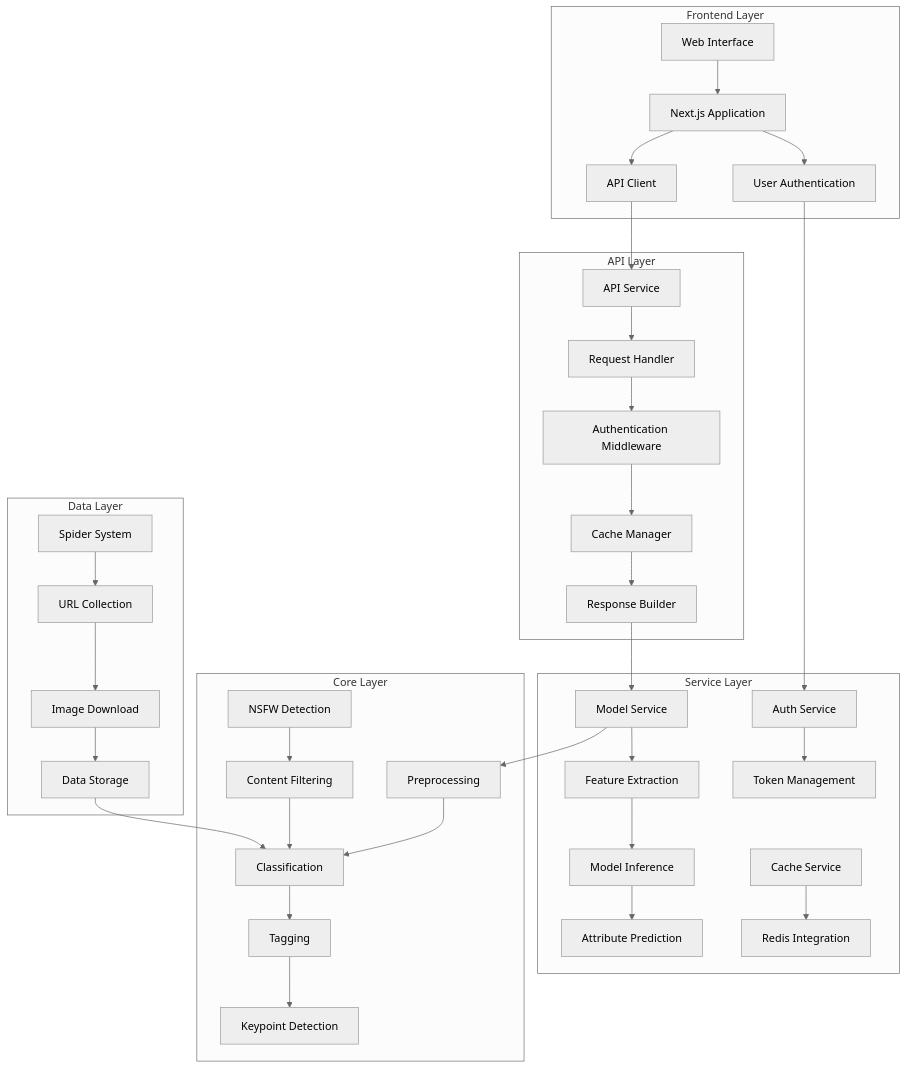
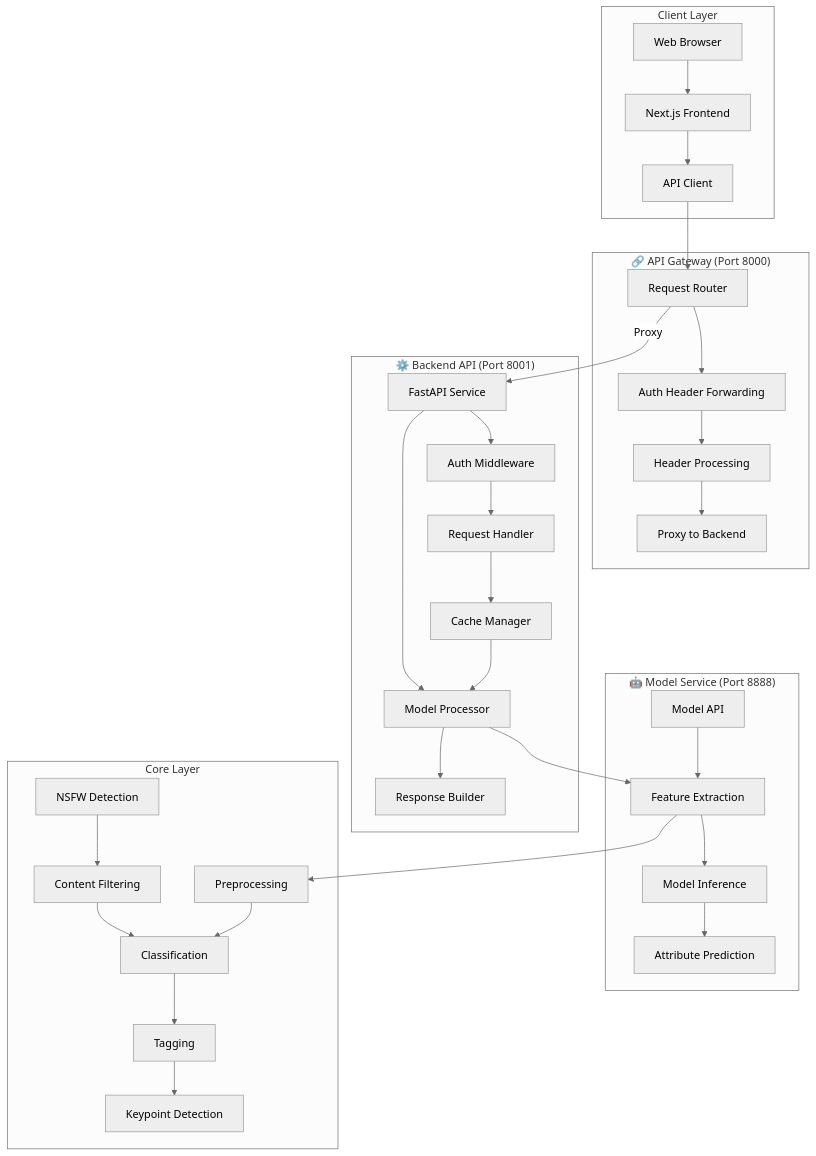
Before and after one commit to caozhaoqi/anime_role_detect: the first of 2 diagrams in README.md, drawn with Mermaid (neutral theme). The commit also changed other lines of this file and 3 other files, not shown here.

````diff
--- a/README.md
+++ b/README.md
@@ -136,43 +137,44 @@
 ```mermaid
 flowchart TD
-    subgraph Frontend Layer
-        A[Web Interface] --> B[Next.js Application]
+    subgraph Client Layer
+        A[Web Browser] --> B[Next.js Frontend]
         B --> C[API Client]
-        B --> D[User Authentication]
     end
-    
-    subgraph API Layer
-        E[API Service] --> F[Request Handler]
-        F --> G[Authentication Middleware]
-        G --> H[Cache Manager]
-        H --> I[Response Builder]
+
+    subgraph Gateway Layer["🔗 API Gateway (Port 8000)"]
+        D[Request Router]
+        D --> E[Auth Header Forwarding]
+        E --> F[Header Processing]
+        F --> G[Proxy to Backend]
     end
-    
-    subgraph Service Layer
-        J[Model Service] --> K[Feature Extraction]
-        K --> L[Model Inference]
-        L --> M[Attribute Prediction]
-        N[Auth Service] --> O[Token Management]
-        P[Cache Service] --> Q[Redis Integration]
+
+    subgraph Backend Layer["⚙️ Backend API (Port 8001)"]
+        H[FastAPI Service]
+        H --> I[Auth Middleware]
+        I --> J[Request Handler]
+        J --> K[Cache Manager]
+        K --> L[Model Processor]
+        L --> M[Response Builder]
     end
-    
+
+    subgraph Model Layer["🤖 Model Service (Port 8888)"]
+        N[Model API]
+        N --> O[Feature Extraction]
+        O --> P[Model Inference]
+        P --> Q[Attribute Prediction]
+    end
+
     subgraph Core Layer
         R[Preprocessing] --> S[Classification]
         S --> T[Tagging]
         T --> U[Keypoint Detection]
         V[NSFW Detection] --> W[Content Filtering]
     end
-    
-    subgraph Data Layer
-        X[Spider System] --> Y[URL Collection]
-        Y --> Z[Image Download]
-        Z --> AA[Data Storage]
-    end
-    
-    C --> E
-    D --> N
-    I --> J
-    J --> R
+
+    C --> D
+    D -->|Proxy| H
+    H --> L
+    L --> O
+    O --> R
     W --> S
-    AA --> S
 ```
````
